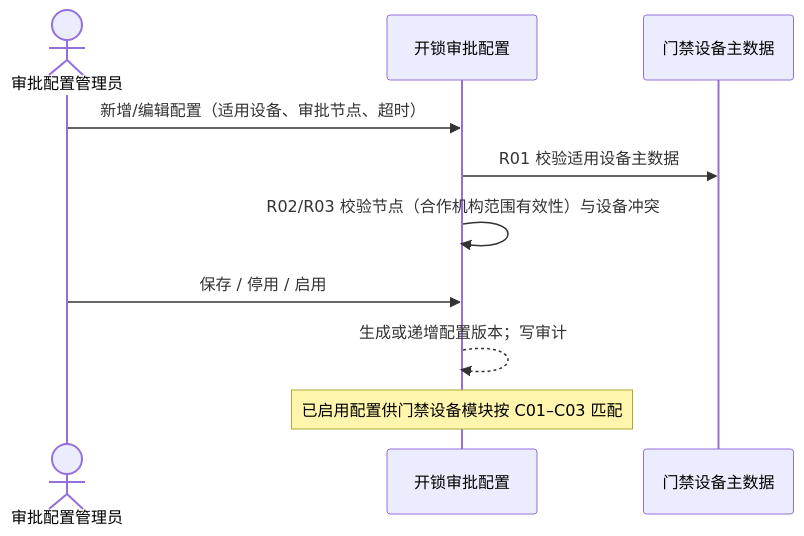
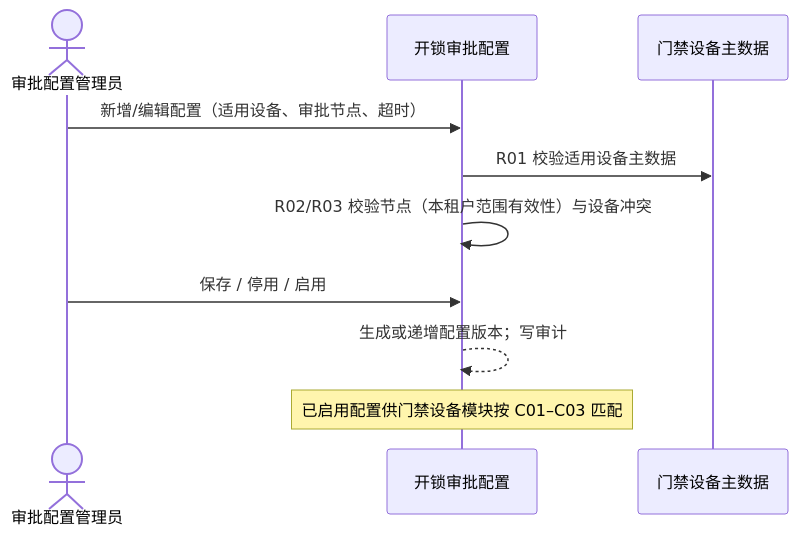
One commit to RobertHuang999/SYZC changed the second of 2 diagrams in 02-PRD文档/B-迭代需求/6.2版本（2026.08）/06-门禁开锁审批/01-审批配置/门禁开锁审批配置业务规则规格.md. Above: the diagram before and after it, drawn with Mermaid. The commit also changed other lines of this file and 40 other files, not shown here.

````diff
--- a/02-PRD文档/B-迭代需求/6.2版本（2026.08）/06-门禁开锁审批/01-审批配置/门禁开锁审批配置业务规则规格.md
+++ b/02-PRD文档/B-迭代需求/6.2版本（2026.08）/06-门禁开锁审批/01-审批配置/门禁开锁审批配置业务规则规格.md
@@ -281,13 +281,13 @@
 ```mermaid
 sequenceDiagram
     actor C as 审批配置管理员
     participant P as 开锁审批配置
     participant D as 门禁设备主数据
 
     C->>P: 新增/编辑配置（适用设备、审批节点、超时）
     P->>D: R01 校验适用设备主数据
-    P->>P: R02/R03 校验节点（合作机构范围有效性）与设备冲突
+    P->>P: R02/R03 校验节点（本租户范围有效性）与设备冲突
     C->>P: 保存 / 停用 / 启用
     P-->>P: 生成或递增配置版本；写审计
     Note over P: 已启用配置供门禁设备模块按 C01–C03 匹配
 ```
````
